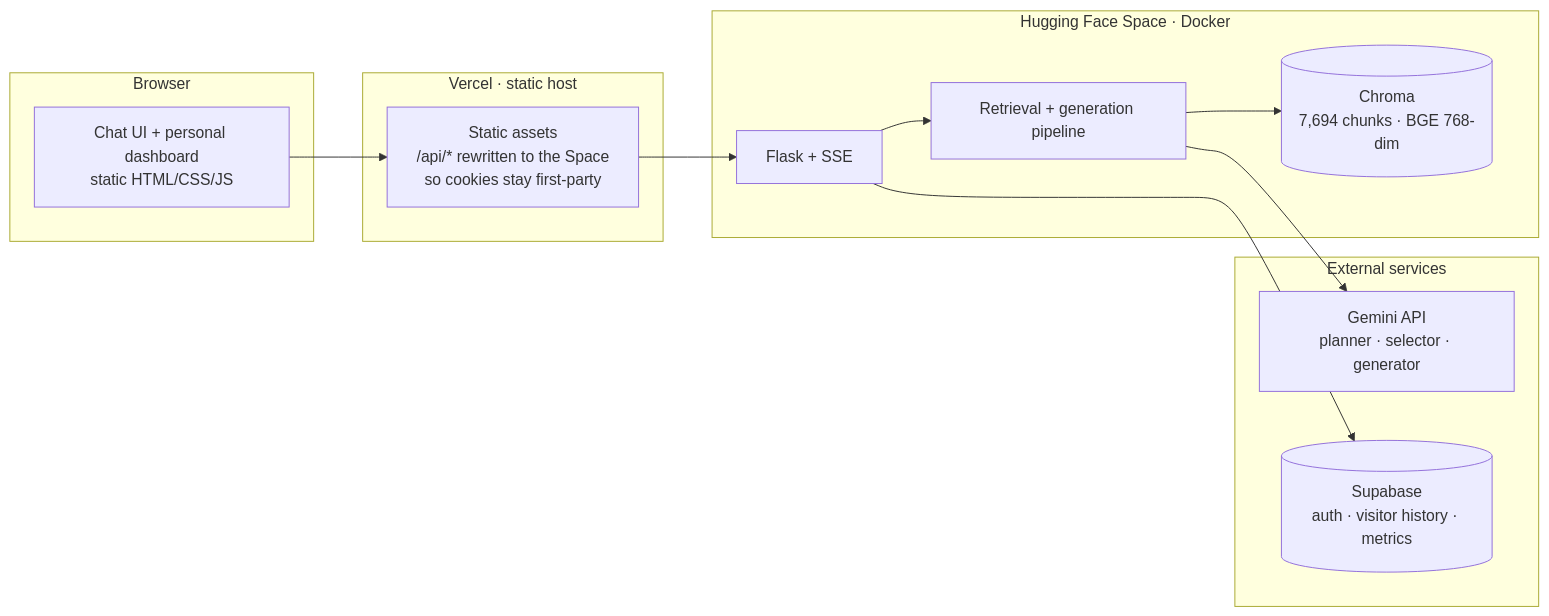
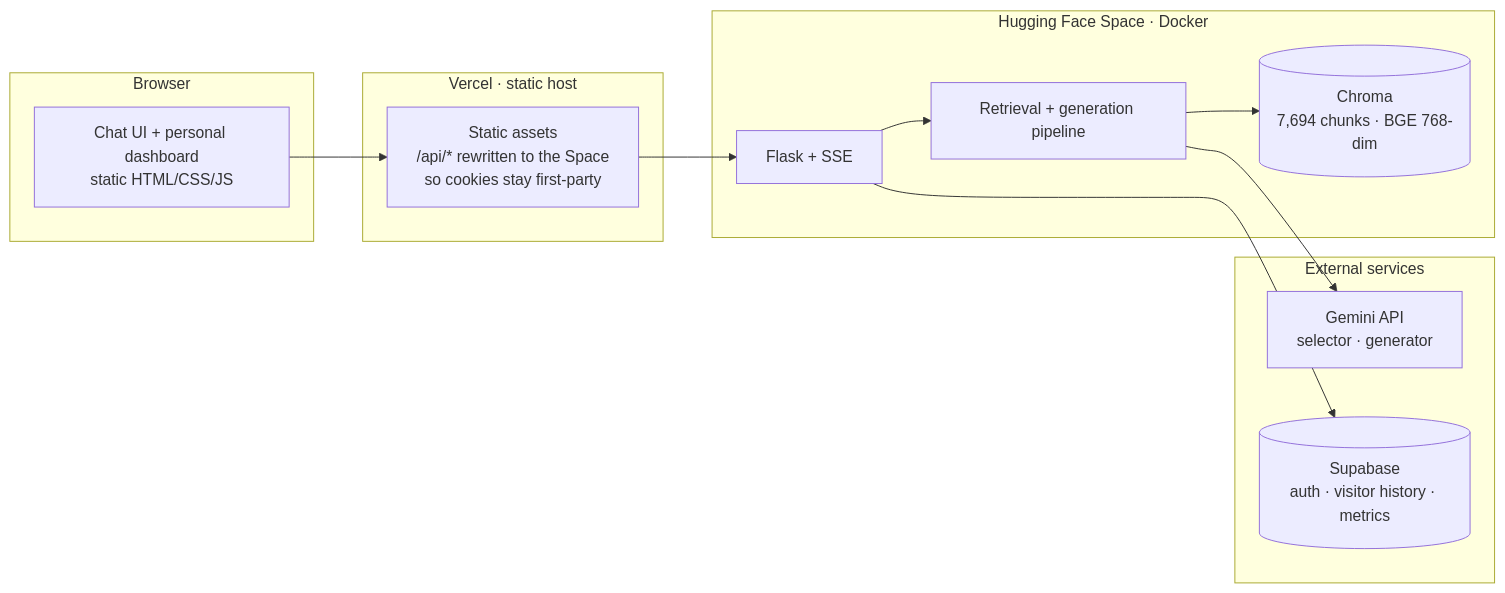
The first of 3 diagrams in README.md (DavidL72Code/Sustainable-Labs-ChatBot), drawn with Mermaid before and after one commit. The commit also changed other lines of this file, not shown here.

````diff
--- a/README.md
+++ b/README.md
@@ -24,22 +24,22 @@
 ```mermaid
 flowchart LR
     subgraph Browser["Browser"]
         UI["Chat UI + personal dashboard<br/>static HTML/CSS/JS"]
     end
     subgraph Vercel["Vercel · static host"]
         CDN["Static assets<br/>/api/* rewritten to the Space<br/>so cookies stay first-party"]
     end
     subgraph HF["Hugging Face Space · Docker"]
         API["Flask + SSE"]
         RAG["Retrieval + generation pipeline"]
         VS[("Chroma<br/>7,694 chunks · BGE 768-dim")]
         API --> RAG --> VS
     end
     subgraph Ext["External services"]
-        GEM["Gemini API<br/>planner · selector · generator"]
+        GEM["Gemini API<br/>selector · generator"]
         SUP[("Supabase<br/>auth · visitor history · metrics")]
     end
     UI --> CDN --> API
     RAG --> GEM
     API --> SUP
 ```
````
